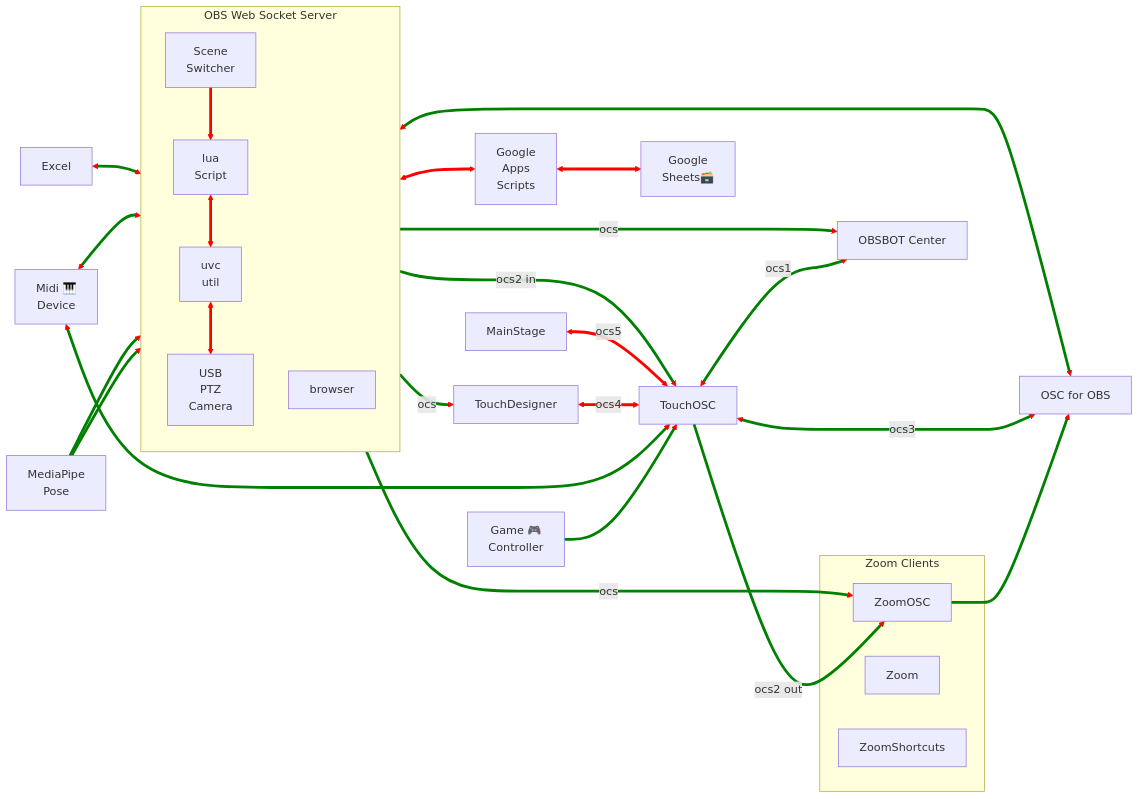
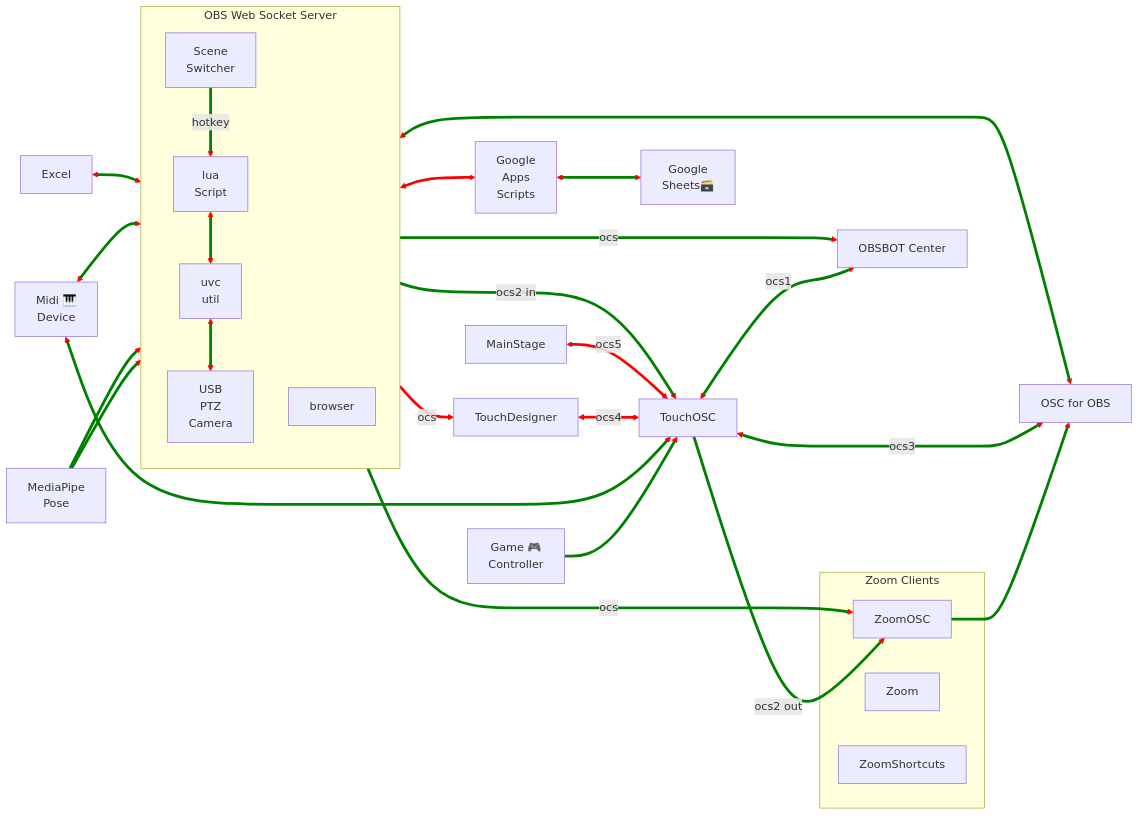
The second of 2 diagrams in README.md (UUoocl/MediaPipe_for_OBS), drawn with Mermaid before and after one commit.

````diff
--- a/README.md
+++ b/README.md
@@ -86,55 +86,56 @@
 ```mermaid
 flowchart LR
 
 O4O["OSC for OBS"]
 XL[Excel]
 GC[Game 🎮\n Controller]
 MnStg[MainStage]
 TOSC[TouchOSC]
 TD[TouchDesigner]
 MP["MediaPipe \n Pose"]
 OBSBOT_Center["OBSBOT Center"]
 GAS["Google \n Apps \n Scripts"]
 GS["Google \n Sheets🗃️"]
 Midi["Midi 🎹 \n Device"]
 
 GC-->TOSC
 MP -->ss
 MP -->obs-b
 ZOSC-->O4O
 TOSC<--"ocs1"-->OBSBOT_Center
 TOSC --"ocs2 out"--> ZOSC
 TOSC <--"ocs3"--> O4O
 XL <--> OBS
 O4O<-->OBS
 Midi <--> TOSC
 Midi<-->ss
 ss--"ocs"-->TD
 ss--"ocs2 in"-->TOSC
 ss--"ocs"-->ZOSC
 ss--"ocs"-->OBSBOT_Center
 
 subgraph Zoom Clients
     Zoom
     ZoomShortcuts
     ZOSC[ZoomOSC]
 end
 
 subgraph OBS[OBS Web Socket Server]
     direction TB
     lua["lua \n Script"]
     obs-b[browser]
     ss["Scene \n Switcher"]
-    ss-->lua
+    ss--hotkey-->lua
     lua<-->util["uvc \n util"]
     util<-->camera["USB \n PTZ \n Camera"]
+    
 end
 
 obs-b<-->GAS
 GAS<-->GS
 TD<--"ocs4"-->TOSC
 MnStg<--"ocs5"-->TOSC
 
 linkStyle default stroke-width:4px,fill:none,stroke:red;
-linkStyle 0,1,2,3,4,5,6,7,8,9,10,11,12,13,14 stroke-width:4px,fill:none,stroke:green;
+linkStyle 0,1,2,3,4,5,6,7,8,9,10,12,13,14,15,16,17,19 stroke-width:4px,fill:none,stroke:green;
 ```
````
